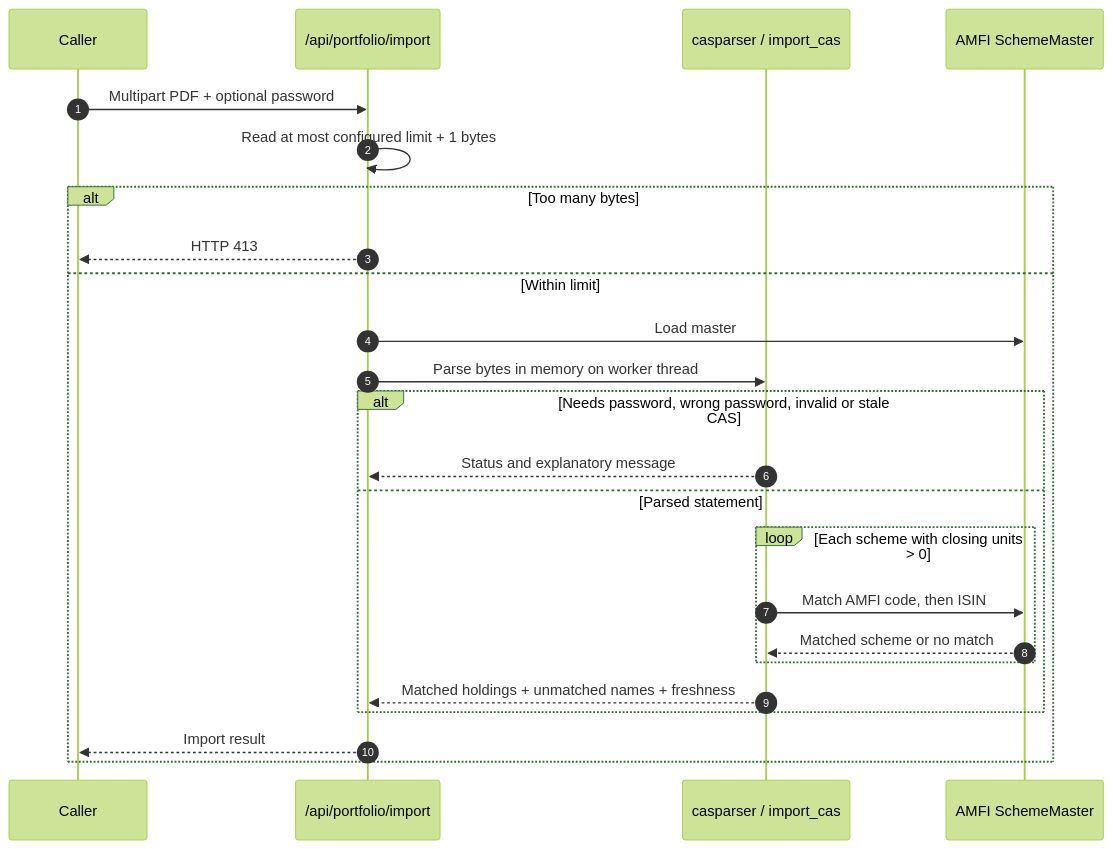
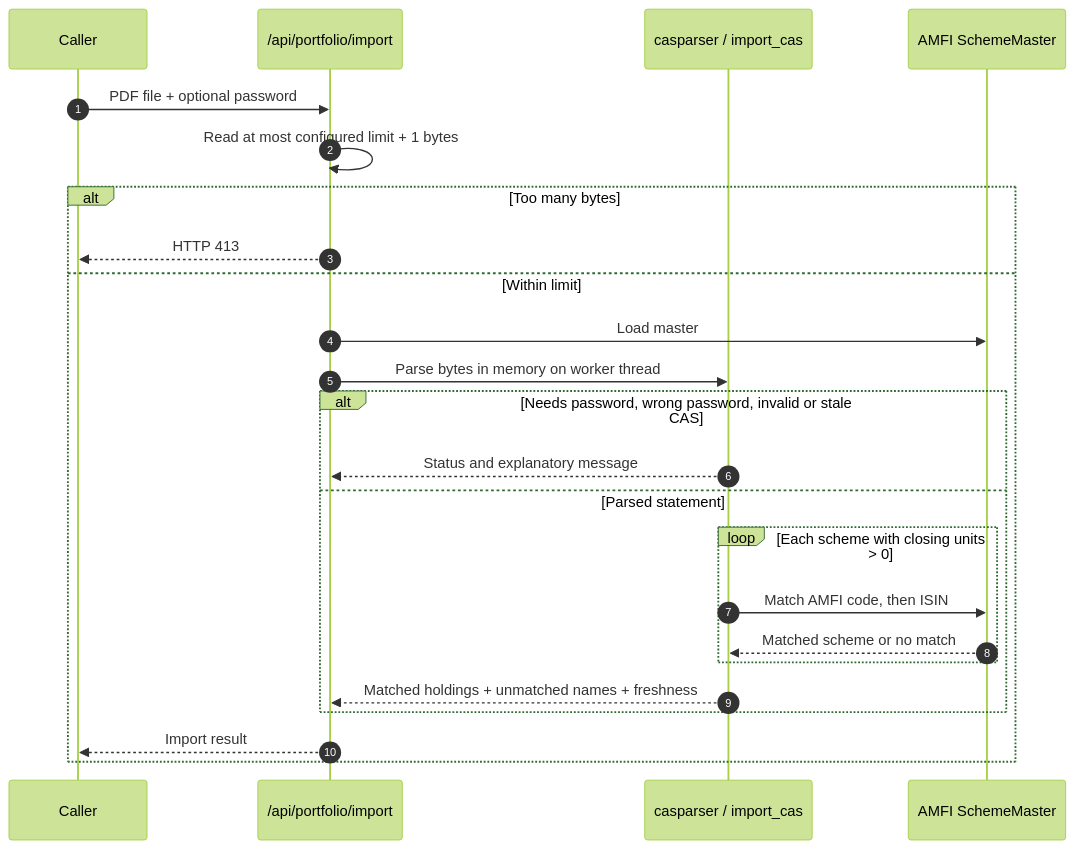
One commit to chamanthmvs/Truthfolio changed the sixth of 6 diagrams in docs/BACKEND.md. Above: the diagram before and after it, drawn with Mermaid (forest theme). The commit also changed other lines of this file, not shown here.

````diff
--- a/docs/BACKEND.md
+++ b/docs/BACKEND.md
@@ -827,27 +972,27 @@
 ```mermaid
 sequenceDiagram
     autonumber
     participant Caller
     participant Route as /api/portfolio/import
     participant Parser as casparser / import_cas
     participant Master as AMFI SchemeMaster
 
-    Caller->>Route: Multipart PDF + optional password
+    Caller->>Route: PDF file + optional password
     Route->>Route: Read at most configured limit + 1 bytes
     alt Too many bytes
         Route-->>Caller: HTTP 413
     else Within limit
         Route->>Master: Load master
         Route->>Parser: Parse bytes in memory on worker thread
         alt Needs password, wrong password, invalid or stale CAS
             Parser-->>Route: Status and explanatory message
         else Parsed statement
             loop Each scheme with closing units > 0
                 Parser->>Master: Match AMFI code, then ISIN
                 Master-->>Parser: Matched scheme or no match
             end
             Parser-->>Route: Matched holdings + unmatched names + freshness
         end
         Route-->>Caller: Import result
     end
 ```
````
